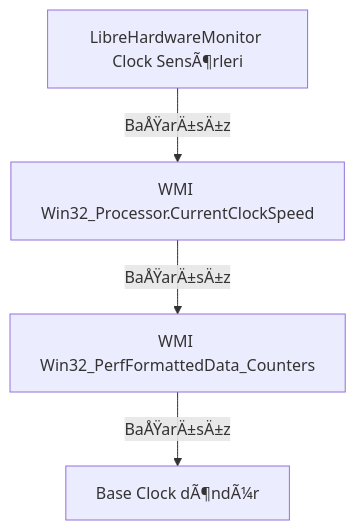
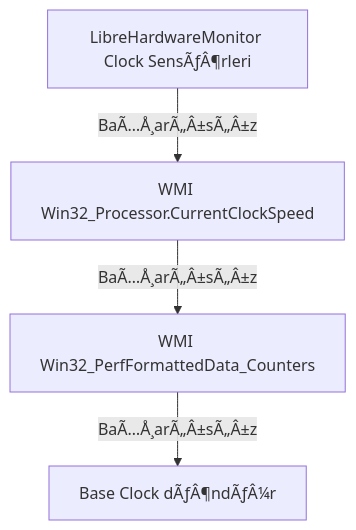
One commit to siklone/RegProbe changed the second of 7 diagrams in Docs/ARCHITECTURE_DEEP_DIVE.md. Above: the diagram before and after it, drawn with Mermaid. The commit also changed other lines of this file and 9 other files, not shown here.

````diff
--- a/Docs/ARCHITECTURE_DEEP_DIVE.md
+++ b/Docs/ARCHITECTURE_DEEP_DIVE.md
@@ -76,6 +76,6 @@
 ```mermaid
 graph TD
-    A[LibreHardwareMonitor Clock SensÃ¶rleri] -->|BaÅŸarÄ±sÄ±z| B[WMI Win32_Processor.CurrentClockSpeed]
-    B -->|BaÅŸarÄ±sÄ±z| C[WMI Win32_PerfFormattedData_Counters]
-    C -->|BaÅŸarÄ±sÄ±z| D[Base Clock dÃ¶ndÃ¼r]
+    A[LibreHardwareMonitor Clock SensÃƒÂ¶rleri] -->|BaÃ…Å¸arÃ„Â±sÃ„Â±z| B[WMI Win32_Processor.CurrentClockSpeed]
+    B -->|BaÃ…Å¸arÃ„Â±sÃ„Â±z| C[WMI Win32_PerfFormattedData_Counters]
+    C -->|BaÃ…Å¸arÃ„Â±sÃ„Â±z| D[Base Clock dÃƒÂ¶ndÃƒÂ¼r]
 ```
````
